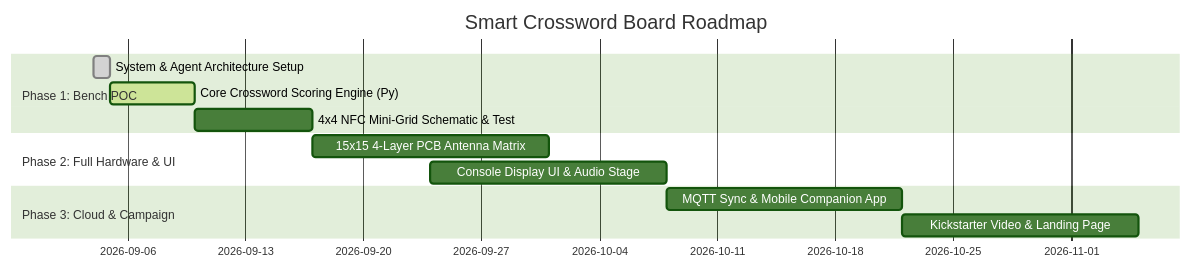
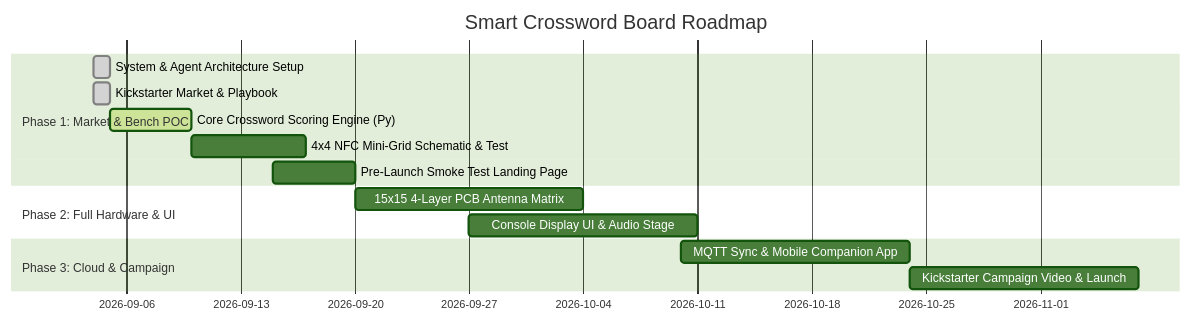
Before and after one commit to robindelis/Smart-Crossword-: the diagram in PROJECT_STATE.md, drawn with Mermaid (forest theme). The commit also changed other lines of this file and 4 other files, not shown here.

Commit message:
feat(commercial): complete Kickstarter market analysis, pre-launch playbook, and video script

````diff
--- a/PROJECT_STATE.md
+++ b/PROJECT_STATE.md
@@ -10,15 +10,17 @@
 ```mermaid
 gantt
     title Smart Crossword Board Roadmap
     dateFormat  YYYY-MM-DD
-    section Phase 1: Bench POC
+    section Phase 1: Market & Bench POC
     System & Agent Architecture Setup    :done, p1, 2026-09-04, 1d
-    Core Crossword Scoring Engine (Py)   :active, p2, 2026-09-05, 5d
-    4x4 NFC Mini-Grid Schematic & Test   :p3, 2026-09-10, 7d
+    Kickstarter Market & Playbook        :done, p2, 2026-09-04, 1d
+    Core Crossword Scoring Engine (Py)   :active, p3, 2026-09-05, 5d
+    4x4 NFC Mini-Grid Schematic & Test   :p4, 2026-09-10, 7d
+    Pre-Launch Smoke Test Landing Page   :p5, 2026-09-15, 5d
     section Phase 2: Full Hardware & UI
-    15x15 4-Layer PCB Antenna Matrix     :p4, 2026-09-17, 14d
-    Console Display UI & Audio Stage     :p5, 2026-09-24, 14d
+    15x15 4-Layer PCB Antenna Matrix     :p6, 2026-09-20, 14d
+    Console Display UI & Audio Stage     :p7, 2026-09-27, 14d
     section Phase 3: Cloud & Campaign
-    MQTT Sync & Mobile Companion App     :p6, 2026-10-08, 14d
-    Kickstarter Video & Landing Page     :p7, 2026-10-22, 14d
+    MQTT Sync & Mobile Companion App     :p8, 2026-10-10, 14d
+    Kickstarter Campaign Video & Launch  :p9, 2026-10-24, 14d
 ```
````
